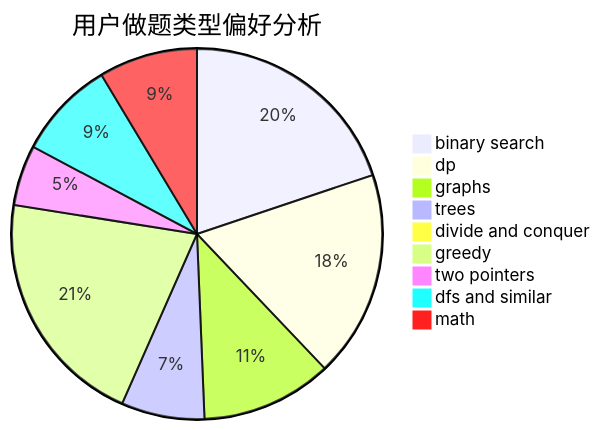
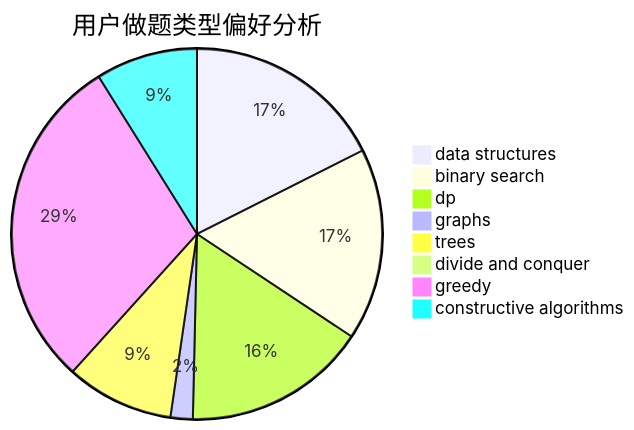
Before and after one commit to sherpahu/cfrs.github.io: the second of 3 diagrams in docs/user/u2216.md, drawn with Mermaid. The commit also changed other lines of this file and 2775 other files, not shown here.

````diff
--- a/docs/user/u2216.md
+++ b/docs/user/u2216.md
@@ -23,12 +23,11 @@
 ```mermaid
 pie title 用户做题类型偏好分析
-    "binary search" :  399
-    "dp" :  363
-    "graphs" :  230
-    "trees" :  146
-    "divide and conquer" :  8
-    "greedy" :  420
-    "two pointers" :  106
-    "dfs and similar" :  173
-    "math" :  173
+    "data structures" :  172
+    "binary search" :  164
+    "dp" :  157
+    "graphs" :  19
+    "trees" :  92
+    "divide and conquer" :  5
+    "greedy" :  288
+    "constructive algorithms" :  87
 ```
````
